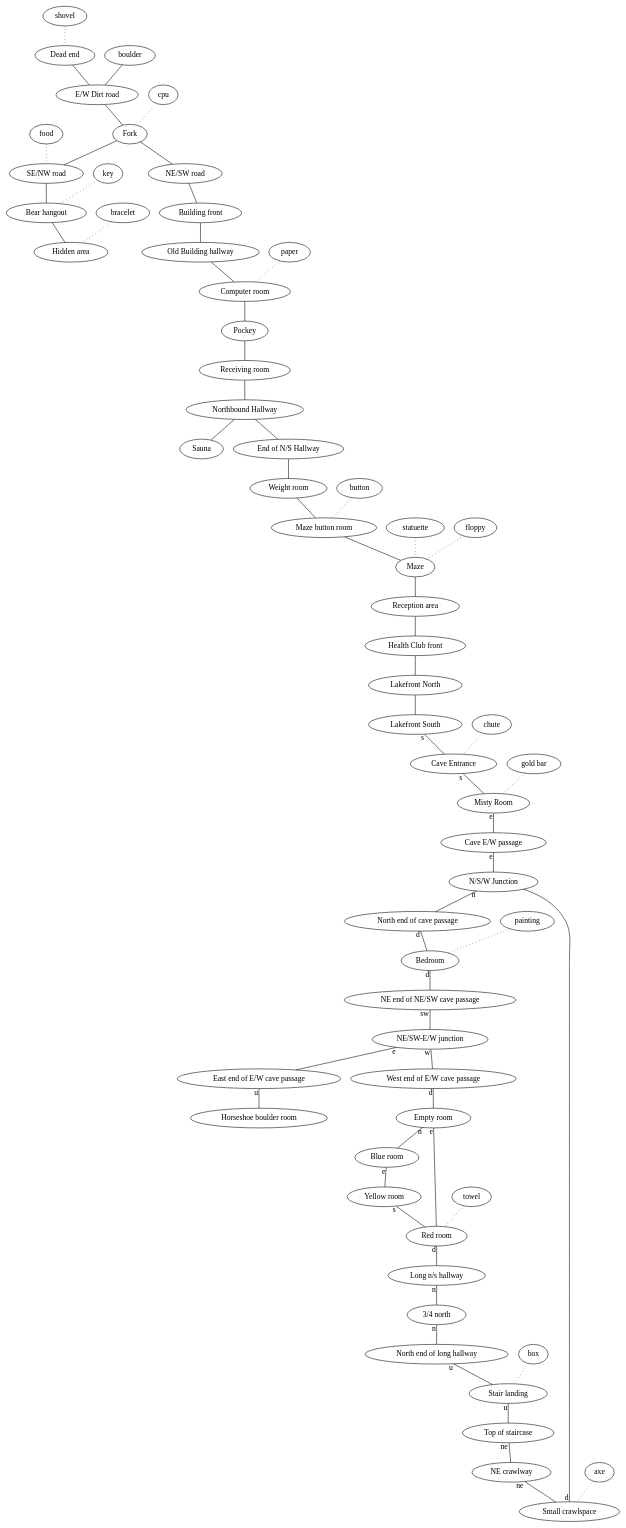
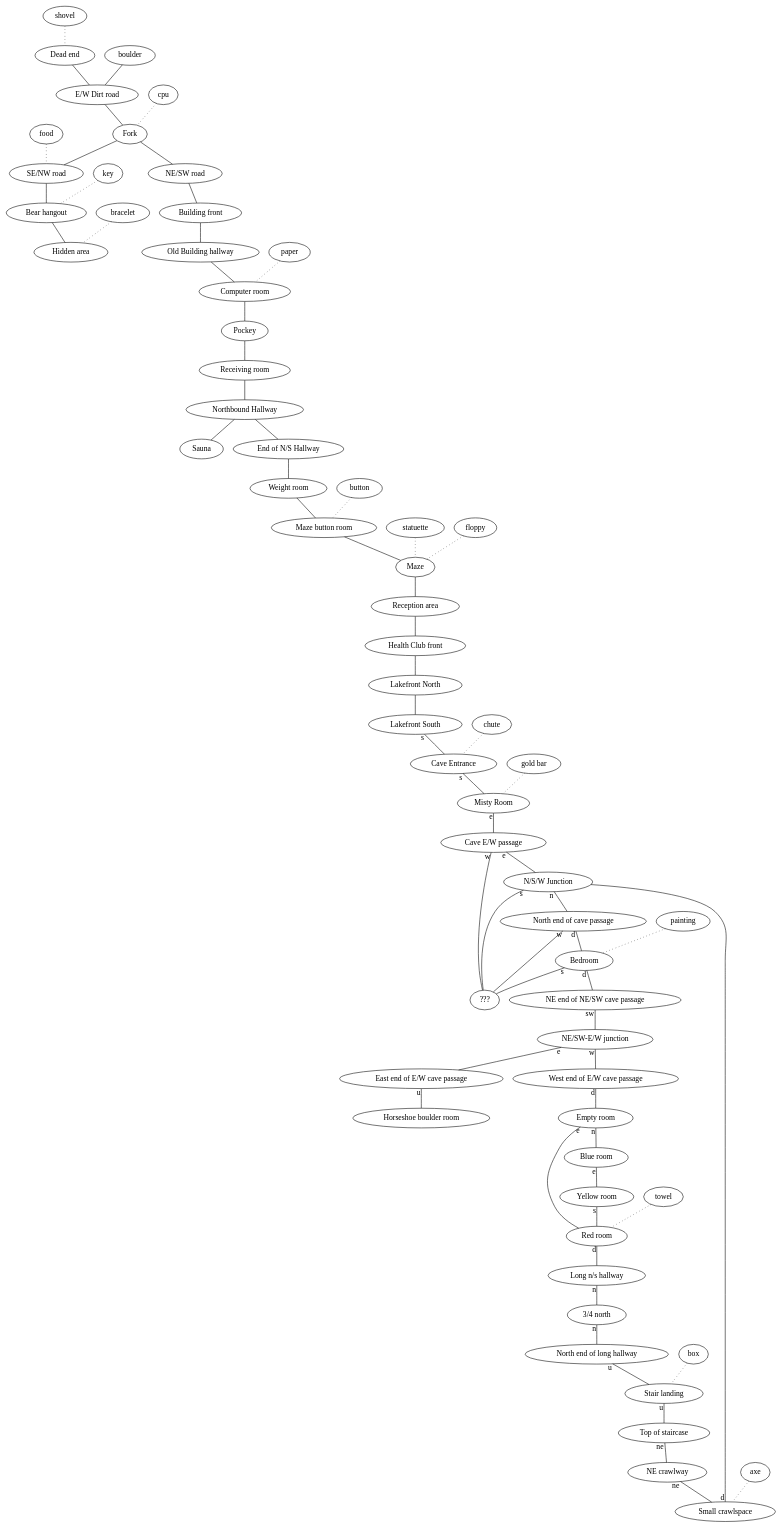
Before and after one commit to alvarogonzalezsotillo/.emacs.d: the diagram in dunnet.org, drawn with Graphviz. The commit also changed other lines of this file and 1 other file, not shown here.

```diff
--- a/dunnet.org
+++ b/dunnet.org
@@ -2,76 +2,80 @@
 #+BEGIN_SRC dot :file ./dunnet.svg :exports results :cmd dot :cmdline -Tsvg
 digraph{
 
   edge[arrowhead="none"]
 
   "shovel" -> "Dead end" [style="dotted"]
   "Dead end" -> "E/W Dirt road"
   "boulder" -> "E/W Dirt road"
   "E/W Dirt road" -> "Fork"
   "cpu" -> "Fork" [style="dotted"]
   "Fork" -> "SE/NW road"
   "food" -> "SE/NW road" [style="dotted"]
   "SE/NW road" -> "Bear hangout"
   "key" -> "Bear hangout" [style="dotted"]
   "Bear hangout" -> "Hidden area"
   "bracelet" -> "Hidden area" [style="dotted"]
   "Fork" -> "NE/SW road"
   "NE/SW road" -> "Building front"
   "Building front" -> "Old Building hallway"
   "Old Building hallway" -> "Computer room"
   "paper" -> "Computer room" [style="dotted"]
   "Computer room" -> "Pockey"
   "Pockey" -> "Receiving room"
   "Receiving room" -> "Northbound Hallway"
   "Northbound Hallway" -> "Sauna"
   "Northbound Hallway" -> "End of N/S Hallway"
   "End of N/S Hallway" -> "Weight room"
   "Weight room" -> "Maze button room"
   "button" -> "Maze button room" [style="dotted"]
   "Maze button room" -> "Maze"
   "statuette" -> "Maze" [style="dotted"]
   "floppy" -> "Maze" [style="dotted"]
   "Maze" -> "Reception area"
   "Reception area" -> "Health Club front"
   "Health Club front" -> "Lakefront North"
   "Lakefront North" -> "Lakefront South"
   "Lakefront South" -> "Cave Entrance" [taillabel="s"]
   "chute" -> "Cave Entrance" [style="dotted"]
   "Cave Entrance" -> "Misty Room" [taillabel="s"]
   "gold bar" -> "Misty Room" [style="dotted"] 
   "Misty Room" -> "Cave E/W passage" [taillabel="e"]
   "Cave E/W passage" -> "N/S/W Junction" [taillabel="e"]
+  "Cave E/W passage" -> "???" [taillabel="w"]
   "N/S/W Junction" -> "North end of cave passage" [taillabel="n"]
+  "N/S/W Junction" -> "???" [taillabel="s"]
   "North end of cave passage" -> "Bedroom" [taillabel="d"]
+  "North end of cave passage" -> "???" [taillabel="w"]
   "painting" -> "Bedroom" [style="dotted"]
   "Bedroom" -> "NE end of NE/SW cave passage" [taillabel="d"]
+  "Bedroom" -> "???" [taillabel="s"]
   "NE end of NE/SW cave passage" -> "NE/SW-E/W junction" [taillabel="sw"]
   "NE/SW-E/W junction" -> "East end of E/W cave passage" [taillabel="e"]
   "East end of E/W cave passage" -> "Horseshoe boulder room" [taillabel="u"]
   "NE/SW-E/W junction" -> "West end of E/W cave passage" [taillabel="w"]
   "West end of E/W cave passage" -> "Empty room" [taillabel="d"]
   "Empty room" -> "Blue room" [taillabel="n"]
   "Empty room" -> "Red room" [taillabel="e"]
   "Blue room" -> "Yellow room" [taillabel="e"]
   "Yellow room" -> "Red room" [taillabel="s"]
   "towel" -> "Red room" [style="dotted"]
   "Red room" -> "Long n/s hallway" [taillabel="d"]
   "Long n/s hallway" -> "3/4 north" [taillabel="n"]
   "3/4 north" -> "North end of long hallway" [taillabel="n"]
   "North end of long hallway" -> "Stair landing" [taillabel="u"]
   "box" -> "Stair landing" [style="dotted"]
   "Stair landing" -> "Top of staircase" [taillabel="u"]
   "Top of staircase" -> "NE crawlway" [taillabel="ne"]
   "NE crawlway" -> "Small crawlspace" [taillabel="ne"]
   "axe" -> "Small crawlspace" [style="dotted"]
   "Small crawlspace" -> "N/S/W Junction" [taillabel="d"]
 
 
   
 
 
 
   
 }
 
 #+END_SRC
```
